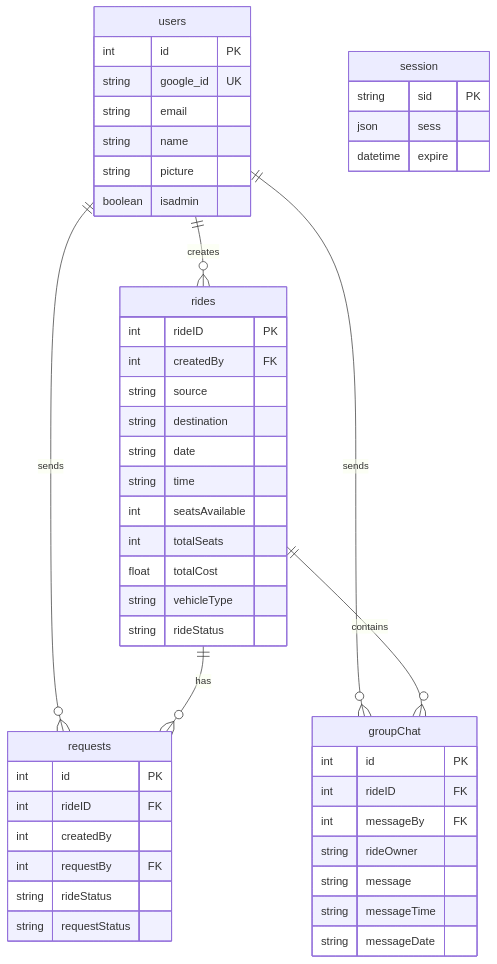
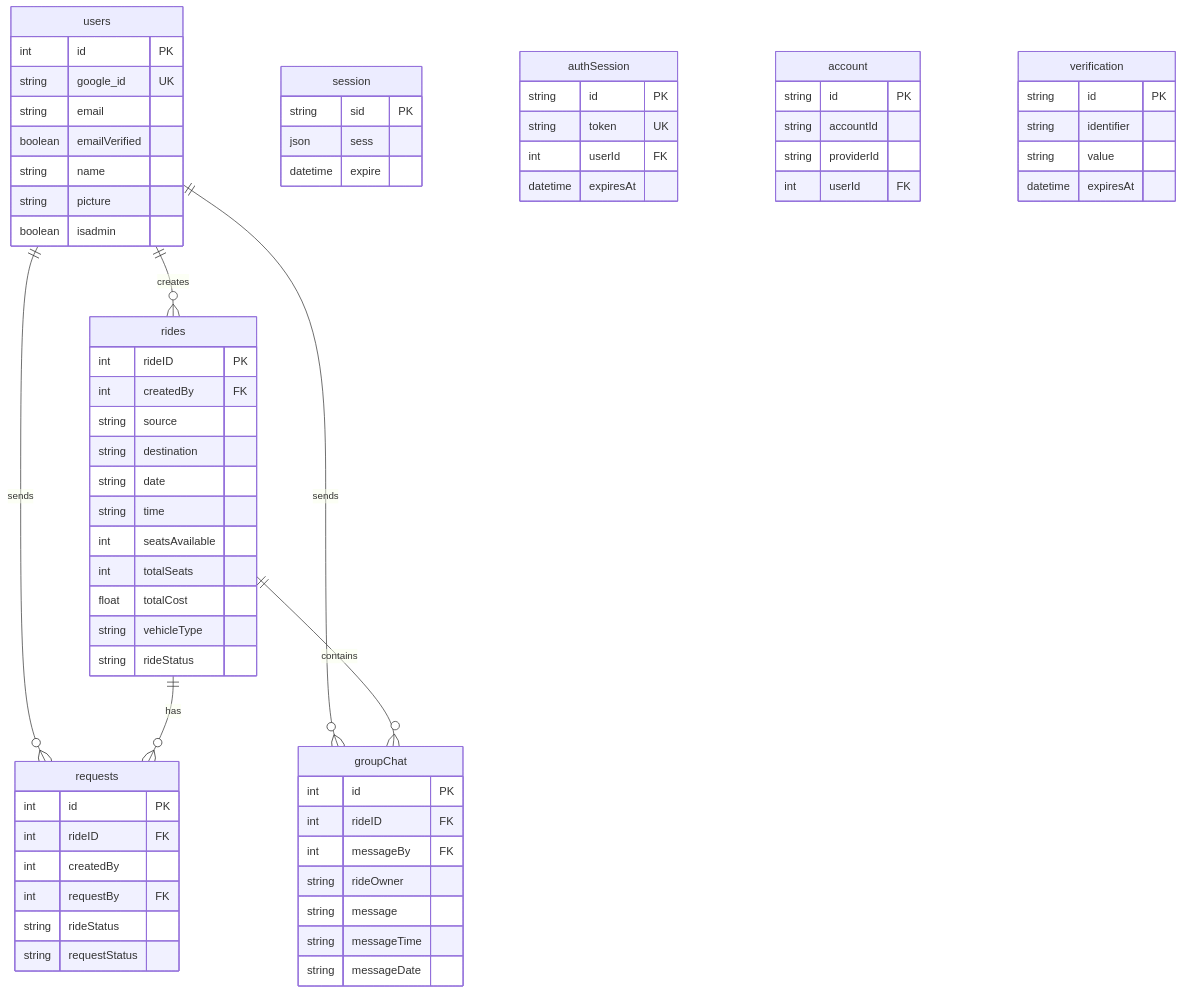
Before and after one commit to DaemonLab/Ride-Sharing-Website: the diagram in README.md, drawn with Mermaid. The commit also changed other lines of this file and 35 other files, not shown here.

````diff
--- a/README.md
+++ b/README.md
@@ -60,56 +62,78 @@
 ```mermaid
 erDiagram
     users ||--o{ rides : "creates"
     users ||--o{ requests : "sends"
     users ||--o{ groupChat : "sends"
     rides ||--o{ requests : "has"
     rides ||--o{ groupChat : "contains"
 
     users {
         int id PK
         string google_id UK
         string email
+        boolean emailVerified
         string name
         string picture
         boolean isadmin
     }
 
     rides {
         int rideID PK
         int createdBy FK
         string source
         string destination
         string date
         string time
         int seatsAvailable
         int totalSeats
         float totalCost
         string vehicleType
         string rideStatus
     }
 
     requests {
         int id PK
         int rideID FK
         int createdBy
         int requestBy FK
         string rideStatus
         string requestStatus
     }
 
     groupChat {
         int id PK
         int rideID FK
         int messageBy FK
         string rideOwner
         string message
         string messageTime
         string messageDate
     }
 
     session {
         string sid PK
         json sess
         datetime expire
     }
+
+    authSession {
+        string id PK
+        string token UK
+        int userId FK
+        datetime expiresAt
+    }
+
+    account {
+        string id PK
+        string accountId
+        string providerId
+        int userId FK
+    }
+
+    verification {
+        string id PK
+        string identifier
+        string value
+        datetime expiresAt
+    }
 ```
````
